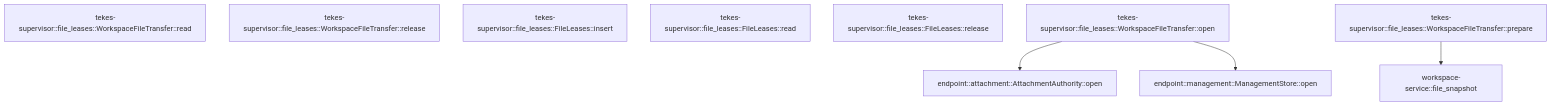
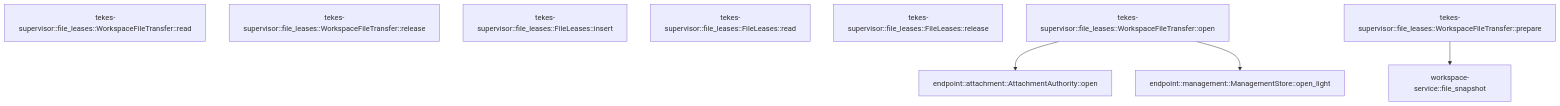
The diagram in crates/supervisor/docs/generated/src--file_leases.md (TekesApps/TekesKernel), drawn with Mermaid before and after one commit. The commit also changed other lines of this file and 125 other files, not shown here.

````diff
--- a/crates/supervisor/docs/generated/src--file_leases.md
+++ b/crates/supervisor/docs/generated/src--file_leases.md
@@ -60,16 +60,16 @@
 ```mermaid
 flowchart TD
   n0["endpoint::attachment::AttachmentAuthority::open"]
-  n1["endpoint::management::ManagementStore::open"]
+  n1["endpoint::management::ManagementStore::open_light"]
   n2["tekes-supervisor::file_leases::WorkspaceFileTransfer::read"]
   n3["tekes-supervisor::file_leases::WorkspaceFileTransfer::release"]
   n4["tekes-supervisor::file_leases::FileLeases::insert"]
   n5["tekes-supervisor::file_leases::FileLeases::read"]
   n6["tekes-supervisor::file_leases::FileLeases::release"]
   n7["tekes-supervisor::file_leases::WorkspaceFileTransfer::open"]
   n8["tekes-supervisor::file_leases::WorkspaceFileTransfer::prepare"]
   n9["workspace-service::file_snapshot"]
   n7 --> n0
   n7 --> n1
   n8 --> n9
 ```
````
